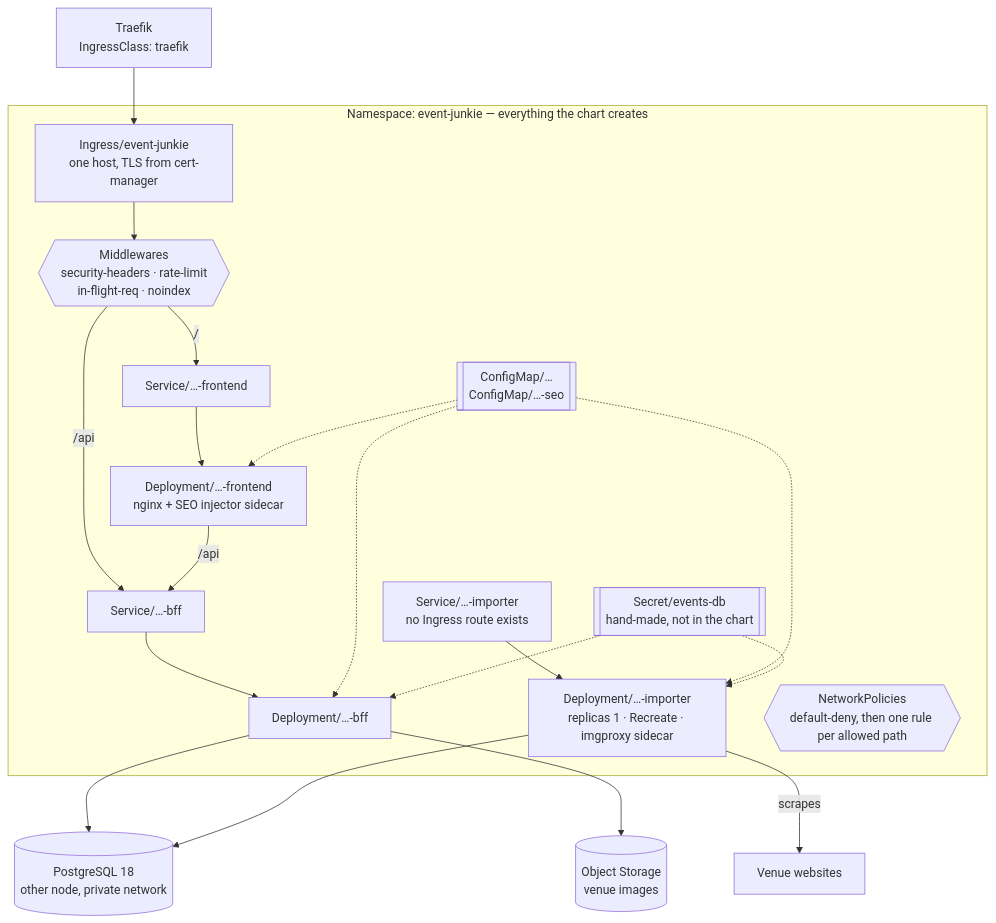
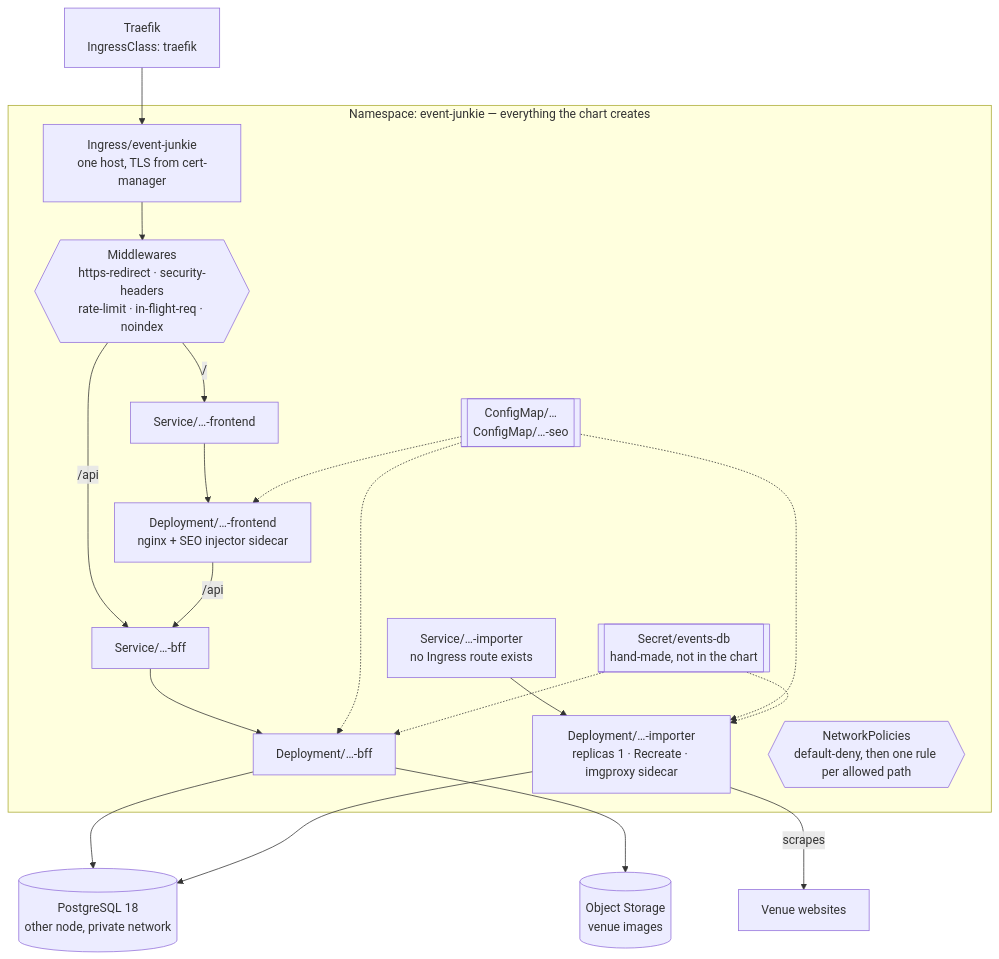
One commit to enorm-labs/event-junkie changed the fourth of 4 diagrams in docs/ops/PLATFORM_SETUP.md. Above: the diagram before and after it, drawn with Mermaid. The commit also changed other lines of this file and 10 other files, not shown here.

First line of the commit message:
fix(deploy): redirect plain HTTP to HTTPS on the app Ingress

````diff
--- a/docs/ops/PLATFORM_SETUP.md
+++ b/docs/ops/PLATFORM_SETUP.md
@@ -174,45 +174,45 @@
 ```mermaid
 flowchart TB
     tr["Traefik<br/>IngressClass: traefik"]
 
     subgraph ns["Namespace: event-junkie — everything the chart creates"]
         ing["Ingress/event-junkie<br/>one host, TLS from cert-manager"]
-        mw{{"Middlewares<br/>security-headers · rate-limit<br/>in-flight-req · noindex"}}
+        mw{{"Middlewares<br/>https-redirect · security-headers<br/>rate-limit · in-flight-req · noindex"}}
 
         svcF["Service/…-frontend"]
         svcB["Service/…-bff"]
         svcI["Service/…-importer<br/>no Ingress route exists"]
 
         depF["Deployment/…-frontend<br/>nginx + SEO injector sidecar"]
         depB["Deployment/…-bff"]
         depI["Deployment/…-importer<br/>replicas 1 · Recreate · imgproxy sidecar"]
 
         cm[["ConfigMap/…<br/>ConfigMap/…-seo"]]
         sec[["Secret/events-db<br/>hand-made, not in the chart"]]
         netpol{{"NetworkPolicies<br/>default-deny, then one rule per allowed path"}}
     end
 
     pg[("PostgreSQL 18<br/>other node, private network")]
     venues["Venue websites"]
     obj[("Object Storage<br/>venue images")]
 
     tr --> ing
     ing --> mw
     mw -->|"/"| svcF
     mw -->|"/api"| svcB
     svcF --> depF
     svcB --> depB
     svcI --> depI
 
     cm -.-> depF
     cm -.-> depB
     cm -.-> depI
     sec -.-> depB
     sec -.-> depI
 
     depF -->|"/api"| svcB
     depB --> pg
     depI --> pg
     depI -->|"scrapes"| venues
     depB --> obj
 ```
````
